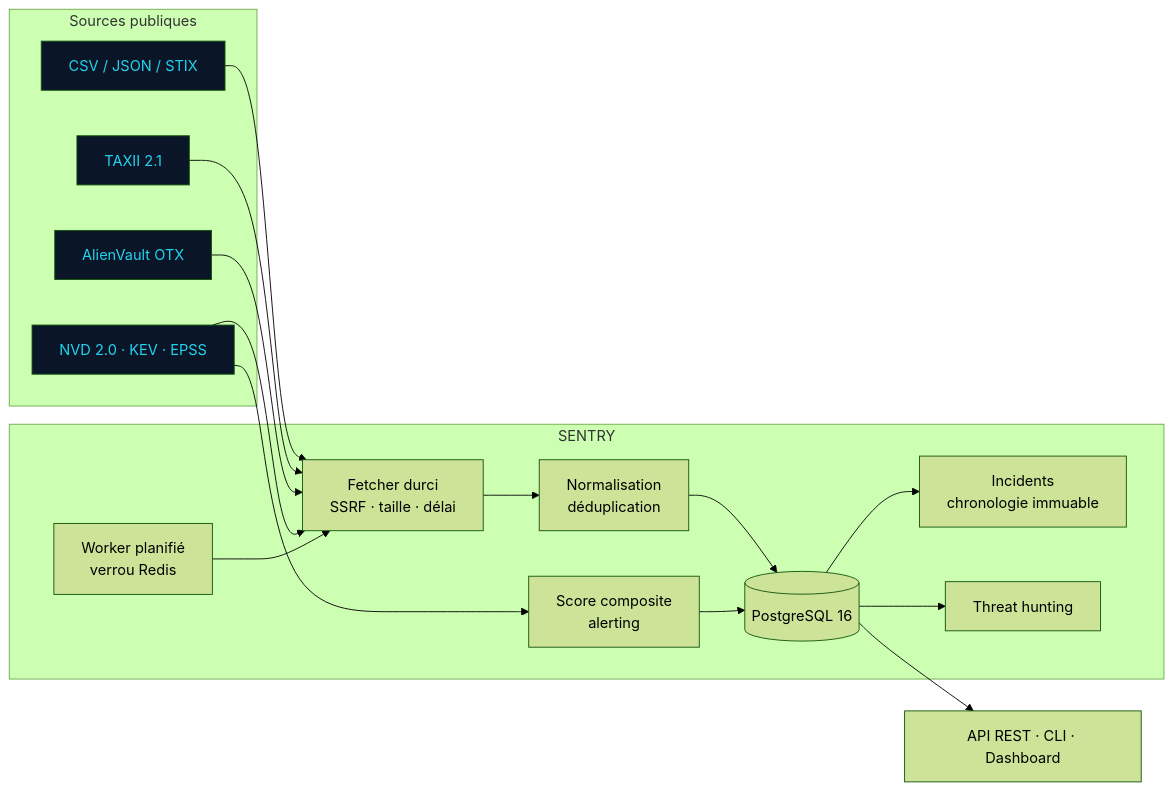
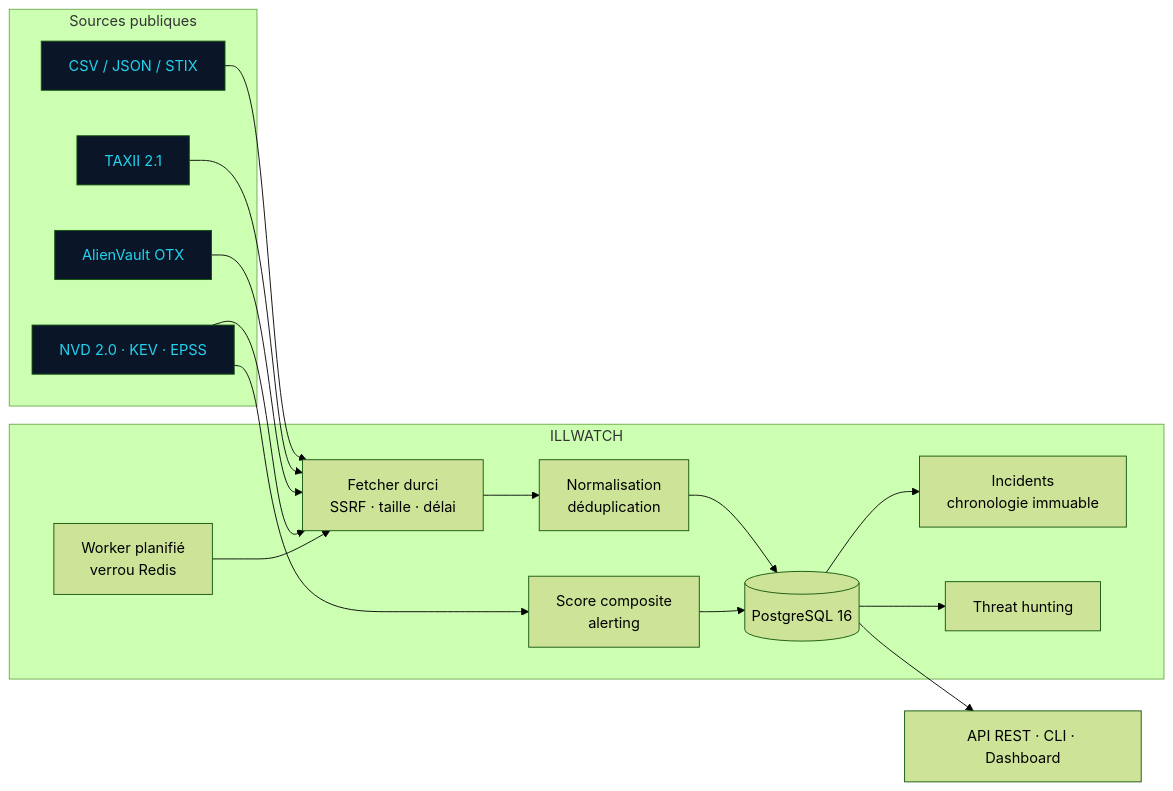
One commit to GodwillFoka/cyberillsec-illwatch changed the diagram in README.md. Above: the diagram before and after it, drawn with Mermaid (forest theme). The commit also changed other lines of this file and 245 other files, not shown here.

First line of the commit message:
refactor: SENTRY devient ILLWATCH (paquet, CLI, variables, base, infra, docs, logo)

````diff
--- a/README.md
+++ b/README.md
@@ -130,24 +132,24 @@
 ```mermaid
 flowchart LR
     subgraph Sources publiques
         A[CSV / JSON / STIX]:::src
         B[TAXII 2.1]:::src
         C[AlienVault OTX]:::src
         D[NVD 2.0 · KEV · EPSS]:::src
     end
-    subgraph SENTRY
+    subgraph ILLWATCH
         W[Worker planifié<br/>verrou Redis]
         F[Fetcher durci<br/>SSRF · taille · délai]
         N[Normalisation<br/>déduplication]
         S[Score composite<br/>alerting]
         I[Incidents<br/>chronologie immuable]
         H[Threat hunting]
         DB[(PostgreSQL 16)]
     end
     A & B & C & D --> F
     W --> F --> N --> DB
     D --> S --> DB
     DB --> I & H
     DB --> API[API REST · CLI · Dashboard]
     classDef src fill:#0A1628,color:#22D3EE
 ```
````
